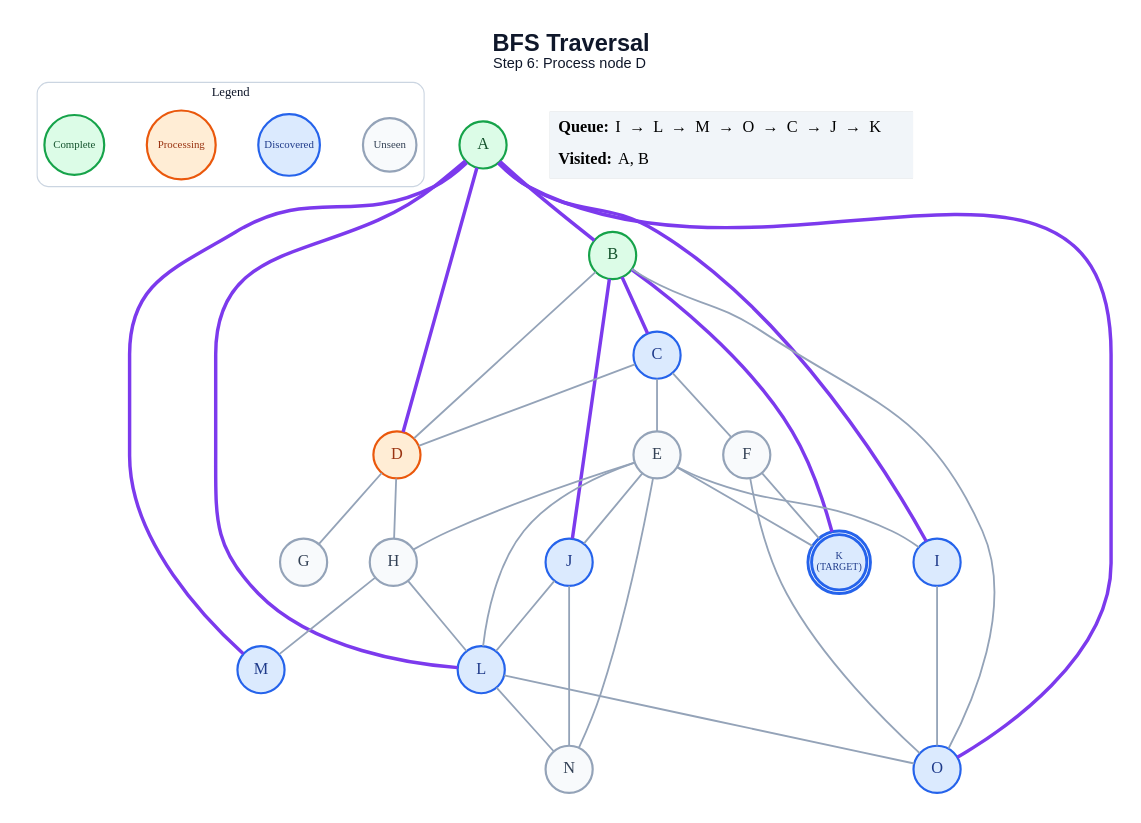
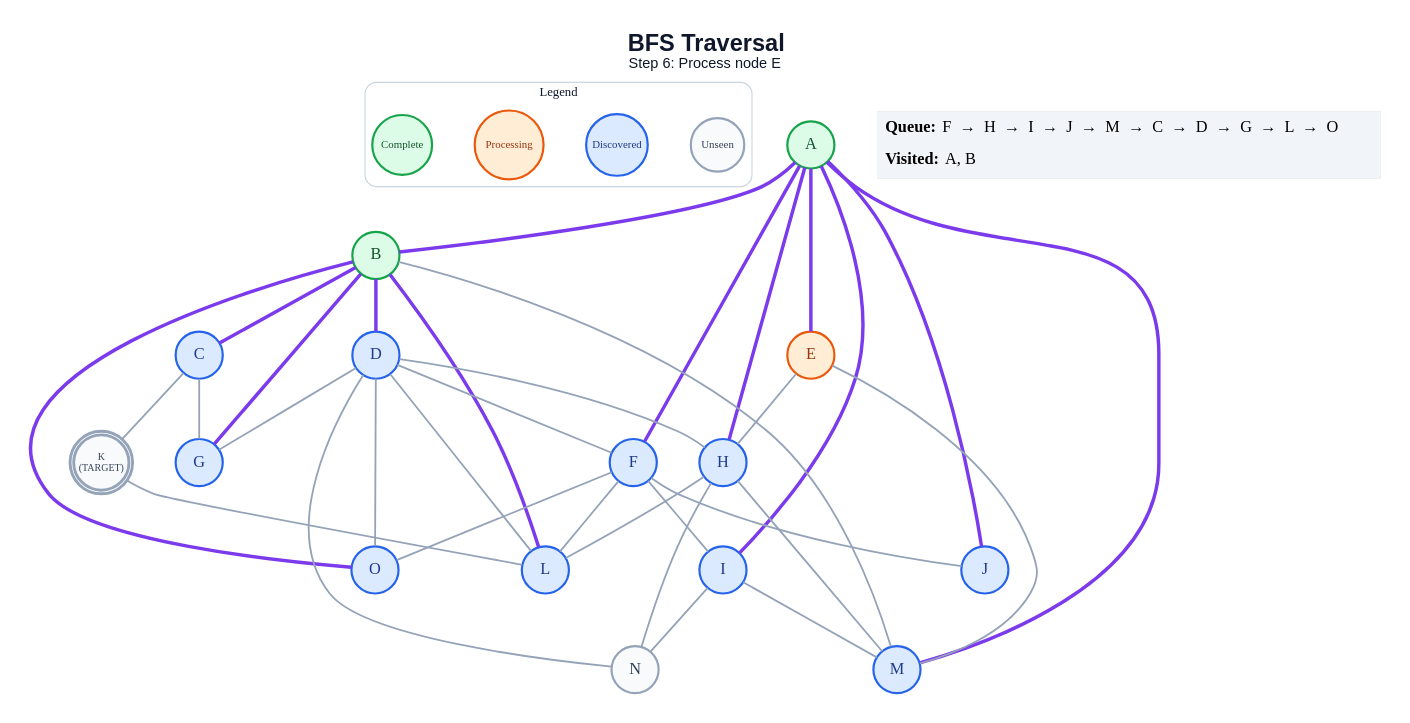
One commit to anon7238593-create/ai-slop changed the diagram in generated/specific-node/bfs/step_06.dot. Above: the diagram before and after it, drawn with Graphviz. The commit also changed 267 other files, not shown here.

```diff
--- a/generated/specific-node/bfs/step_06.dot
+++ b/generated/specific-node/bfs/step_06.dot
@@ -1,65 +1,67 @@
 graph traversal {
   graph [layout=dot, rankdir=TB, bgcolor="#FFFFFF", pad="0.35", nodesep="0.65", ranksep="0.8", fontname="Arial"];
   node [shape=circle, style="filled", fontname="Arial Bold", fontsize=18, width=0.72, fixedsize=true, penwidth=2.4];
   edge [color="#94A3B8", penwidth=2.0];
-  label=<<B>BFS Traversal</B><BR/><FONT POINT-SIZE="16">Step 6: Process node D</FONT>>; labelloc="t"; fontsize=26; fontname="Arial"; fontcolor="#0F172A";
+  label=<<B>BFS Traversal</B><BR/><FONT POINT-SIZE="16">Step 6: Process node E</FONT>>; labelloc="t"; fontsize=26; fontname="Arial"; fontcolor="#0F172A";
   subgraph cluster_legend { label="Legend"; color="#CBD5E1"; penwidth=1.2; style="rounded"; fontsize=14; fontname="Arial Bold";
     key_unseen [label="Unseen", fillcolor="#F8FAFC", color="#94A3B8", fontcolor="#334155", fontsize=12, width=0.82];
     key_frontier [label="Discovered", fillcolor="#DBEAFE", color="#2563EB", fontcolor="#1E3A8A", fontsize=12, width=0.95];
     key_current [label="Processing", fillcolor="#FFEDD5", color="#EA580C", fontcolor="#9A3412", fontsize=12, width=1.05];
     key_done [label="Complete", fillcolor="#DCFCE7", color="#16A34A", fontcolor="#14532D", fontsize=12, width=0.92];
     { rank=same; key_unseen; key_frontier; key_current; key_done; }
   }
   A [label="A", fillcolor="#DCFCE7", color="#16A34A", fontcolor="#14532D", peripheries=1, penwidth=2.4];
   B [label="B", fillcolor="#DCFCE7", color="#16A34A", fontcolor="#14532D", peripheries=1, penwidth=2.4];
   C [label="C", fillcolor="#DBEAFE", color="#2563EB", fontcolor="#1E3A8A", peripheries=1, penwidth=2.4];
-  D [label="D", fillcolor="#FFEDD5", color="#EA580C", fontcolor="#9A3412", peripheries=1, penwidth=2.4];
-  E [label="E", fillcolor="#F8FAFC", color="#94A3B8", fontcolor="#334155", peripheries=1, penwidth=2.4];
-  F [label="F", fillcolor="#F8FAFC", color="#94A3B8", fontcolor="#334155", peripheries=1, penwidth=2.4];
-  G [label="G", fillcolor="#F8FAFC", color="#94A3B8", fontcolor="#334155", peripheries=1, penwidth=2.4];
-  H [label="H", fillcolor="#F8FAFC", color="#94A3B8", fontcolor="#334155", peripheries=1, penwidth=2.4];
+  D [label="D", fillcolor="#DBEAFE", color="#2563EB", fontcolor="#1E3A8A", peripheries=1, penwidth=2.4];
+  E [label="E", fillcolor="#FFEDD5", color="#EA580C", fontcolor="#9A3412", peripheries=1, penwidth=2.4];
+  F [label="F", fillcolor="#DBEAFE", color="#2563EB", fontcolor="#1E3A8A", peripheries=1, penwidth=2.4];
+  G [label="G", fillcolor="#DBEAFE", color="#2563EB", fontcolor="#1E3A8A", peripheries=1, penwidth=2.4];
+  H [label="H", fillcolor="#DBEAFE", color="#2563EB", fontcolor="#1E3A8A", peripheries=1, penwidth=2.4];
   I [label="I", fillcolor="#DBEAFE", color="#2563EB", fontcolor="#1E3A8A", peripheries=1, penwidth=2.4];
   J [label="J", fillcolor="#DBEAFE", color="#2563EB", fontcolor="#1E3A8A", peripheries=1, penwidth=2.4];
-  K [label="K\n(TARGET)", fillcolor="#DBEAFE", color="#2563EB", fontcolor="#1E3A8A", peripheries=2, penwidth=3.2, fontsize=11, width=0.85, height=0.85];
+  K [label="K\n(TARGET)", fillcolor="#F8FAFC", color="#94A3B8", fontcolor="#334155", peripheries=2, penwidth=3.2, fontsize=11, width=0.85, height=0.85];
   L [label="L", fillcolor="#DBEAFE", color="#2563EB", fontcolor="#1E3A8A", peripheries=1, penwidth=2.4];
   M [label="M", fillcolor="#DBEAFE", color="#2563EB", fontcolor="#1E3A8A", peripheries=1, penwidth=2.4];
   N [label="N", fillcolor="#F8FAFC", color="#94A3B8", fontcolor="#334155", peripheries=1, penwidth=2.4];
   O [label="O", fillcolor="#DBEAFE", color="#2563EB", fontcolor="#1E3A8A", peripheries=1, penwidth=2.4];
   A -- B [color="#7C3AED", penwidth=3.8];
-  A -- D [color="#7C3AED", penwidth=3.8];
+  A -- E [color="#7C3AED", penwidth=3.8];
+  A -- F [color="#7C3AED", penwidth=3.8];
+  A -- H [color="#7C3AED", penwidth=3.8];
   A -- I [color="#7C3AED", penwidth=3.8];
-  A -- L [color="#7C3AED", penwidth=3.8];
+  A -- J [color="#7C3AED", penwidth=3.8];
   A -- M [color="#7C3AED", penwidth=3.8];
-  A -- O [color="#7C3AED", penwidth=3.8];
   B -- C [color="#7C3AED", penwidth=3.8];
-  B -- D;
-  B -- J [color="#7C3AED", penwidth=3.8];
-  B -- K [color="#7C3AED", penwidth=3.8];
-  B -- O;
-  C -- D;
-  C -- E;
-  C -- F;
+  B -- D [color="#7C3AED", penwidth=3.8];
+  B -- G [color="#7C3AED", penwidth=3.8];
+  B -- L [color="#7C3AED", penwidth=3.8];
+  B -- M;
+  B -- O [color="#7C3AED", penwidth=3.8];
+  C -- G;
+  C -- K;
+  D -- F;
   D -- G;
   D -- H;
+  D -- L;
+  D -- N;
+  D -- O;
   E -- H;
-  E -- I;
-  E -- J;
-  E -- K;
-  E -- L;
-  E -- N;
-  F -- K;
+  E -- M;
+  F -- I;
+  F -- J;
+  F -- L;
   F -- O;
   H -- L;
   H -- M;
-  I -- O;
-  J -- L;
-  J -- N;
-  L -- N;
-  L -- O;
+  H -- N;
+  I -- M;
+  I -- N;
+  K -- L;
   status [shape=plain, fixedsize=false, width=0, height=0, margin=0, label=<
     <TABLE BORDER="0" CELLBORDER="0" CELLPADDING="7" BGCOLOR="#F1F5F9">
-      <TR><TD ALIGN="LEFT"><B>Queue:</B> I  →  L  →  M  →  O  →  C  →  J  →  K</TD></TR>
+      <TR><TD ALIGN="LEFT"><B>Queue:</B> F  →  H  →  I  →  J  →  M  →  C  →  D  →  G  →  L  →  O</TD></TR>
       <TR><TD ALIGN="LEFT"><B>Visited:</B> A, B</TD></TR>
     </TABLE>
   >];
 }
```
